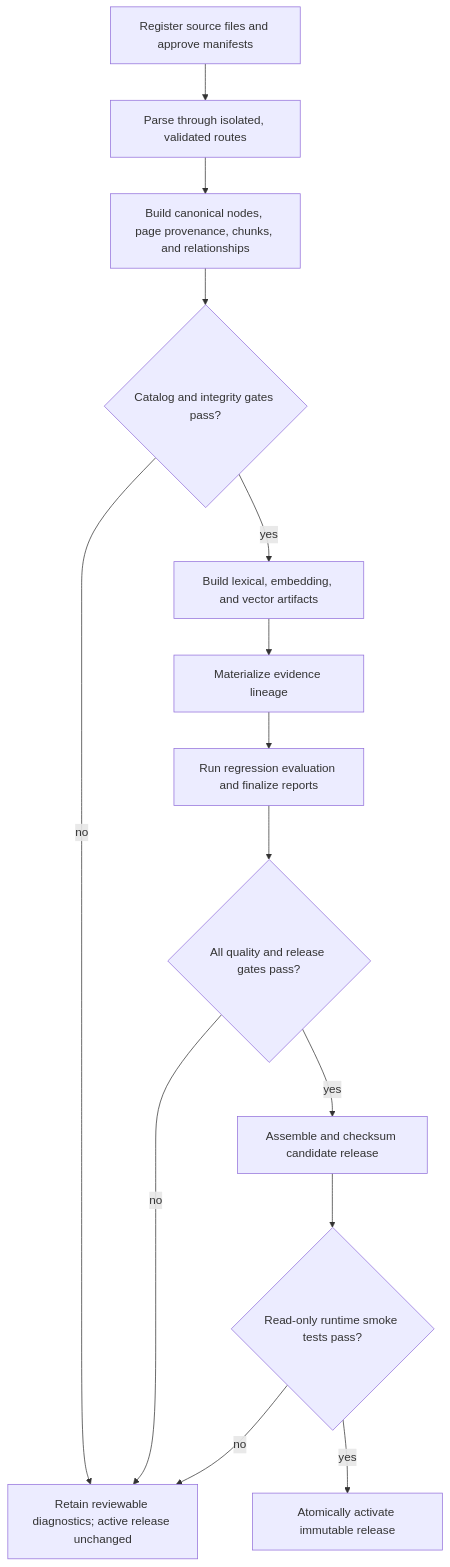
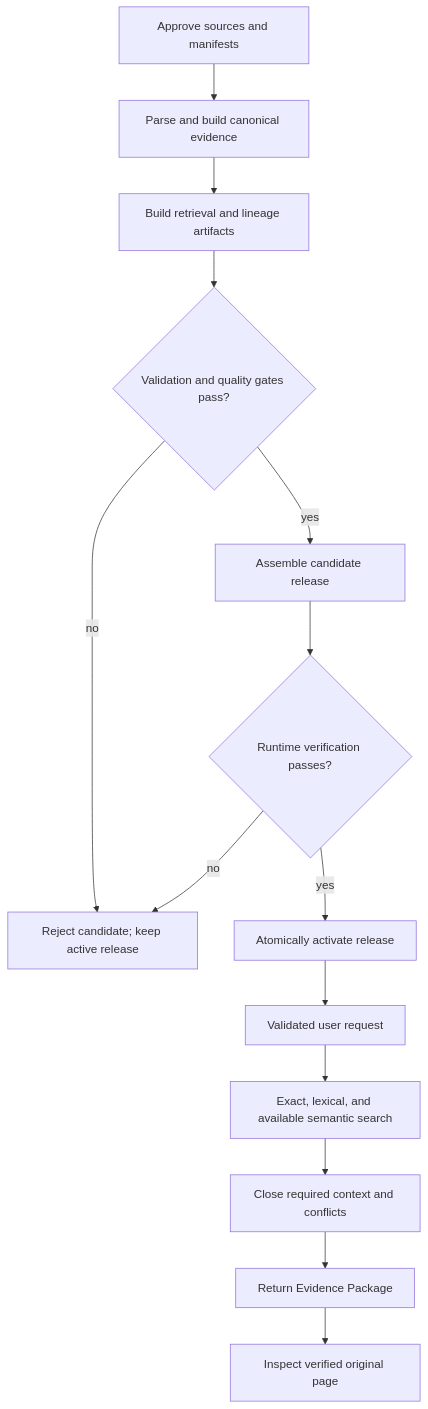
The second of 2 diagrams in docs/design-brief.md (grammy-jiang/clause-sift), drawn with Mermaid before and after one commit. The commit also changed other lines of this file and 1 other file, not shown here.

````diff
--- a/docs/design-brief.md
+++ b/docs/design-brief.md
@@ -253,16 +106,23 @@
 ```mermaid
 flowchart TD
-    REGISTER[Register source files and approve manifests] --> PARSE[Parse through isolated, validated routes]
-    PARSE --> CANONICAL[Build canonical nodes, page provenance, chunks, and relationships]
-    CANONICAL --> CATALOG{Catalog and integrity gates pass?}
-    CATALOG -->|no| DIAGNOSTICS[Retain reviewable diagnostics; active release unchanged]
-    CATALOG -->|yes| INDEX[Build lexical, embedding, and vector artifacts]
-    INDEX --> LINEAGE[Materialize evidence lineage]
-    LINEAGE --> EVALUATE[Run regression evaluation and finalize reports]
-    EVALUATE --> QUALITY{All quality and release gates pass?}
-    QUALITY -->|no| DIAGNOSTICS
-    QUALITY -->|yes| CANDIDATE[Assemble and checksum candidate release]
-    CANDIDATE --> SMOKE{Read-only runtime smoke tests pass?}
-    SMOKE -->|no| DIAGNOSTICS
-    SMOKE -->|yes| ACTIVATE[Atomically activate immutable release]
+    REGISTER[Approve sources and manifests]
+    BUILD[Parse and build canonical evidence]
+    INDEX[Build retrieval and lineage artifacts]
+    GATE{Validation and quality gates pass?}
+    CANDIDATE[Assemble candidate release]
+    VERIFY{Runtime verification passes?}
+    ACTIVE[Atomically activate release]
+    QUERY[Validated user request]
+    SEARCH[Exact, lexical, and available semantic search]
+    CONTEXT[Close required context and conflicts]
+    RESULT[Return Evidence Package]
+    PAGE[Inspect verified original page]
+    REJECT[Reject candidate; keep active release]
+
+    REGISTER --> BUILD --> INDEX --> GATE
+    GATE -->|no| REJECT
+    GATE -->|yes| CANDIDATE --> VERIFY
+    VERIFY -->|no| REJECT
+    VERIFY -->|yes| ACTIVE
+    ACTIVE --> QUERY --> SEARCH --> CONTEXT --> RESULT --> PAGE
 ```
````
